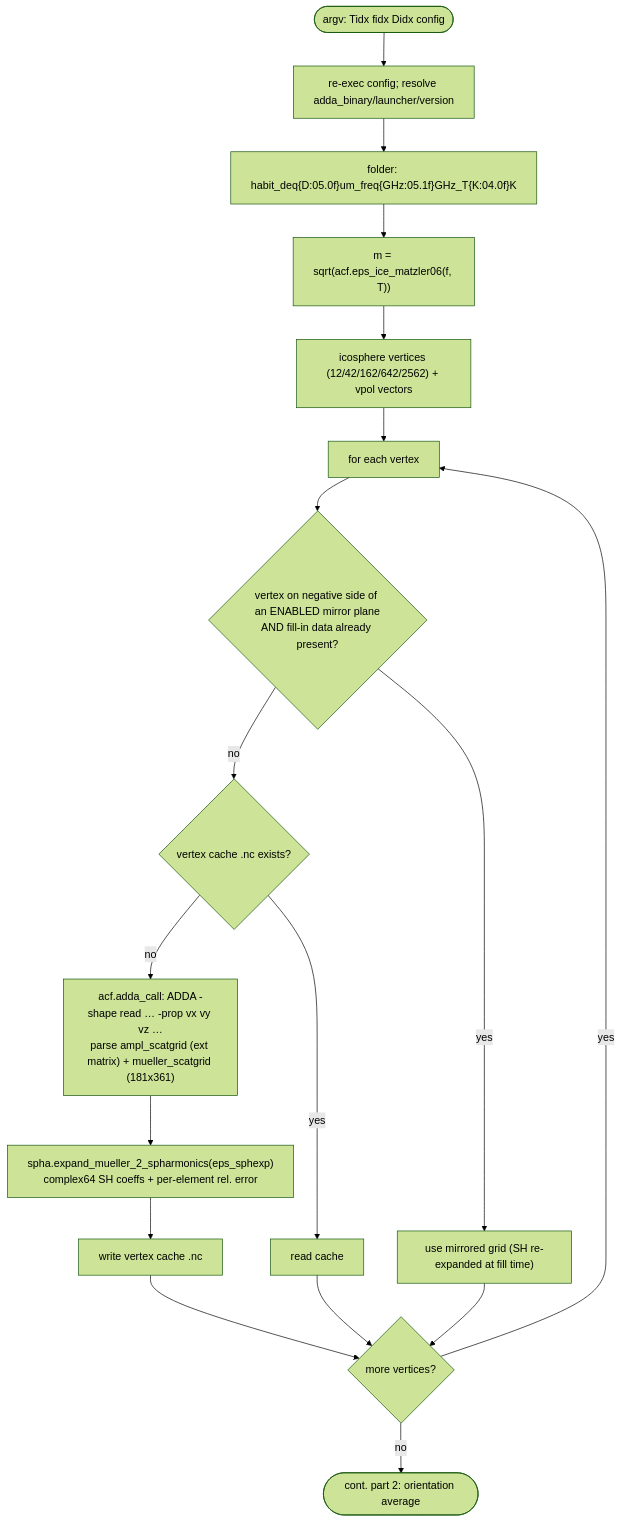
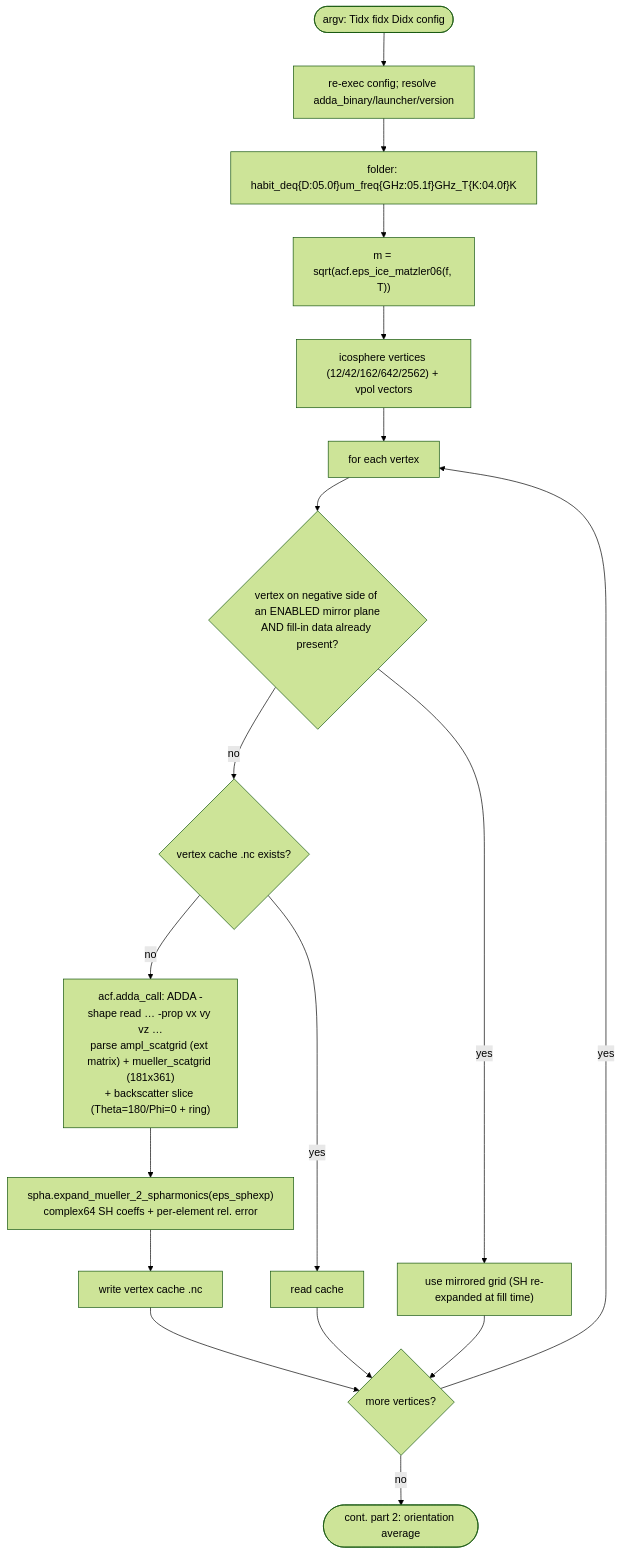
One commit to m-brath/DDA changed the eighth of 11 diagrams in docs/DDA-manual.md. Above: the diagram before and after it, drawn with Mermaid (forest theme). The commit also changed other lines of this file and 7 other files, not shown here.

````diff
--- a/docs/DDA-manual.md
+++ b/docs/DDA-manual.md
@@ -742,18 +807,18 @@
 ```mermaid
 flowchart TD
     A(["argv: Tidx fidx Didx config"]) --> B["re-exec config; resolve adda_binary/launcher/version"]
     B --> C["folder: habit_deq{D:05.0f}um_freq{GHz:05.1f}GHz_T{K:04.0f}K"]
     C --> D["m = sqrt(acf.eps_ice_matzler06(f, T))"]
     D --> G["icosphere vertices (12/42/162/642/2562) + vpol vectors"]
     G --> V["for each vertex"]
     V --> MIR{"vertex on negative side of an ENABLED mirror plane<br/>AND fill-in data already present?"}
     MIR -->|yes| FILL["use mirrored grid (SH re-expanded at fill time)"]
     MIR -->|no| CACHE{"vertex cache .nc exists?"}
-    CACHE -->|no| SOLVE["acf.adda_call: ADDA -shape read … -prop vx vy vz …<br/>parse ampl_scatgrid (ext matrix) + mueller_scatgrid (181x361)"]
+    CACHE -->|no| SOLVE["acf.adda_call: ADDA -shape read … -prop vx vy vz …<br/>parse ampl_scatgrid (ext matrix) + mueller_scatgrid (181x361)<br/>+ backscatter slice (Theta=180/Phi=0 + ring)"]
     SOLVE --> EXPAND["spha.expand_mueller_2_spharmonics(eps_sphexp)<br/>complex64 SH coeffs + per-element rel. error"]
     EXPAND --> W["write vertex cache .nc"]
     CACHE -->|yes| R["read cache"]
     W & R & FILL --> NEXTV{"more vertices?"}
     NEXTV -->|yes| V
     NEXTV -->|no| CONT2(["cont. part 2: orientation average"])
 ```
````
